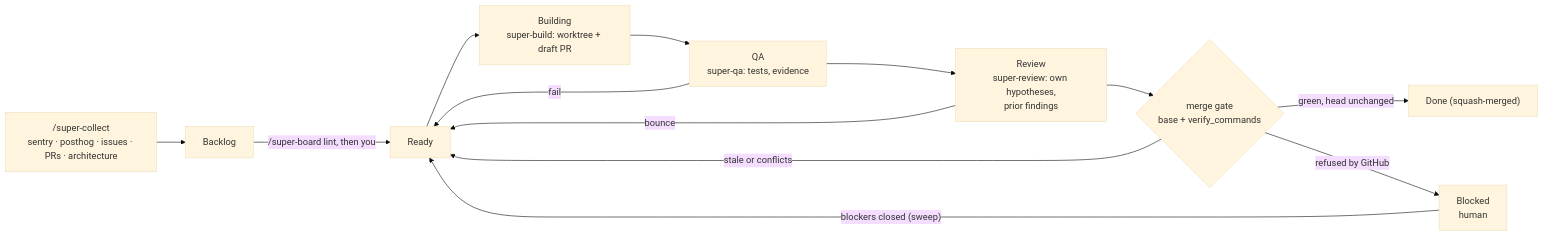
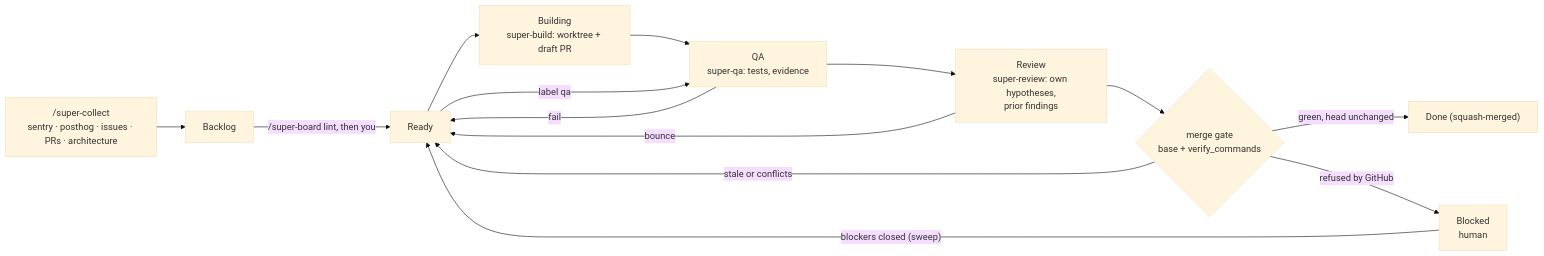
Before and after one commit to EricTechPro/super-board: the diagram in docs/super-board/README.md, drawn with Mermaid (base theme). The commit also changed other lines of this file and 35 other files, not shown here.

````diff
--- a/docs/super-board/README.md
+++ b/docs/super-board/README.md
@@ -23,15 +23,16 @@
 ```mermaid
 flowchart LR
   collect["/super-collect<br/>sentry · posthog · issues · PRs · architecture"] --> backlog["Backlog"]
   backlog -->|"/super-board lint, then you"| ready["Ready"]
   ready --> build["Building<br/>super-build: worktree + draft PR"]
   build --> qa["QA<br/>super-qa: tests, evidence"]
+  ready -->|"label qa"| qa
   qa --> review["Review<br/>super-review: own hypotheses,<br/>prior findings"]
   review --> gate{"merge gate<br/>base + verify_commands"}
   gate -->|green, head unchanged| done["Done (squash-merged)"]
   qa -->|fail| ready
   review -->|bounce| ready
   gate -->|stale or conflicts| ready
   gate -->|refused by GitHub| blocked["Blocked<br/>human"]
   blocked -->|"blockers closed (sweep)"| ready
 ```
````
